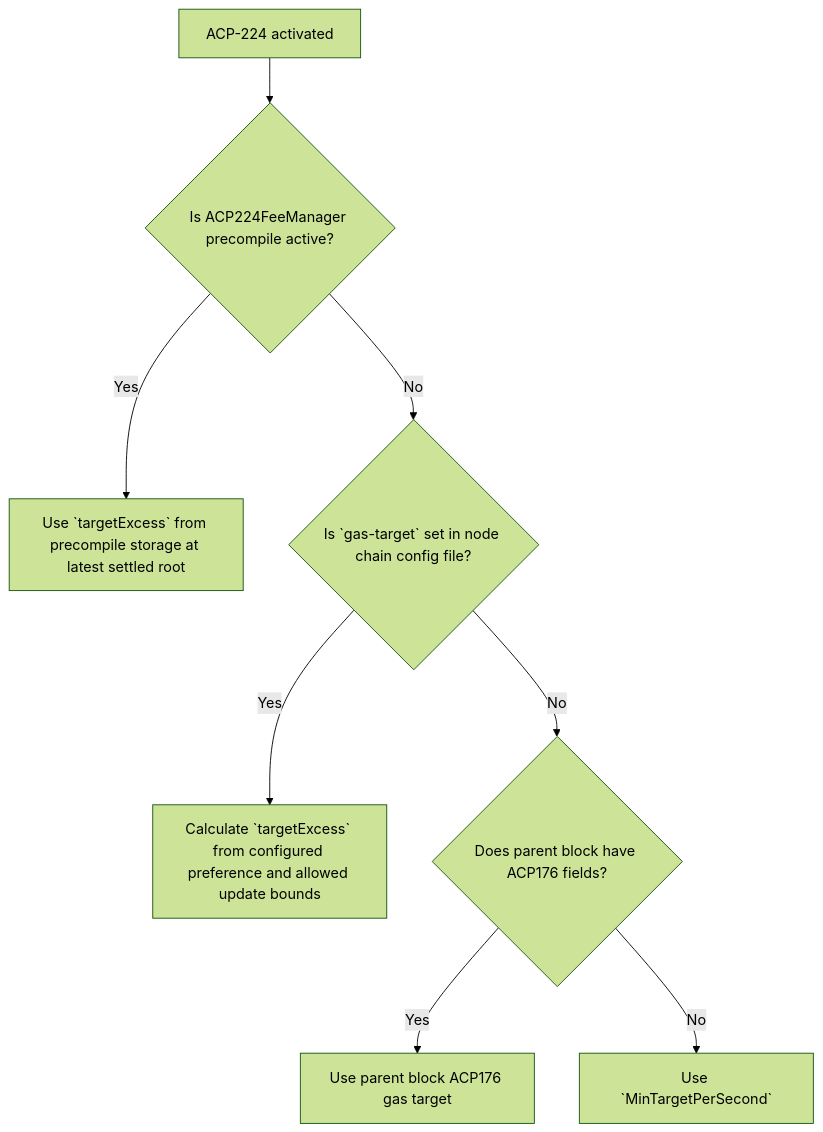
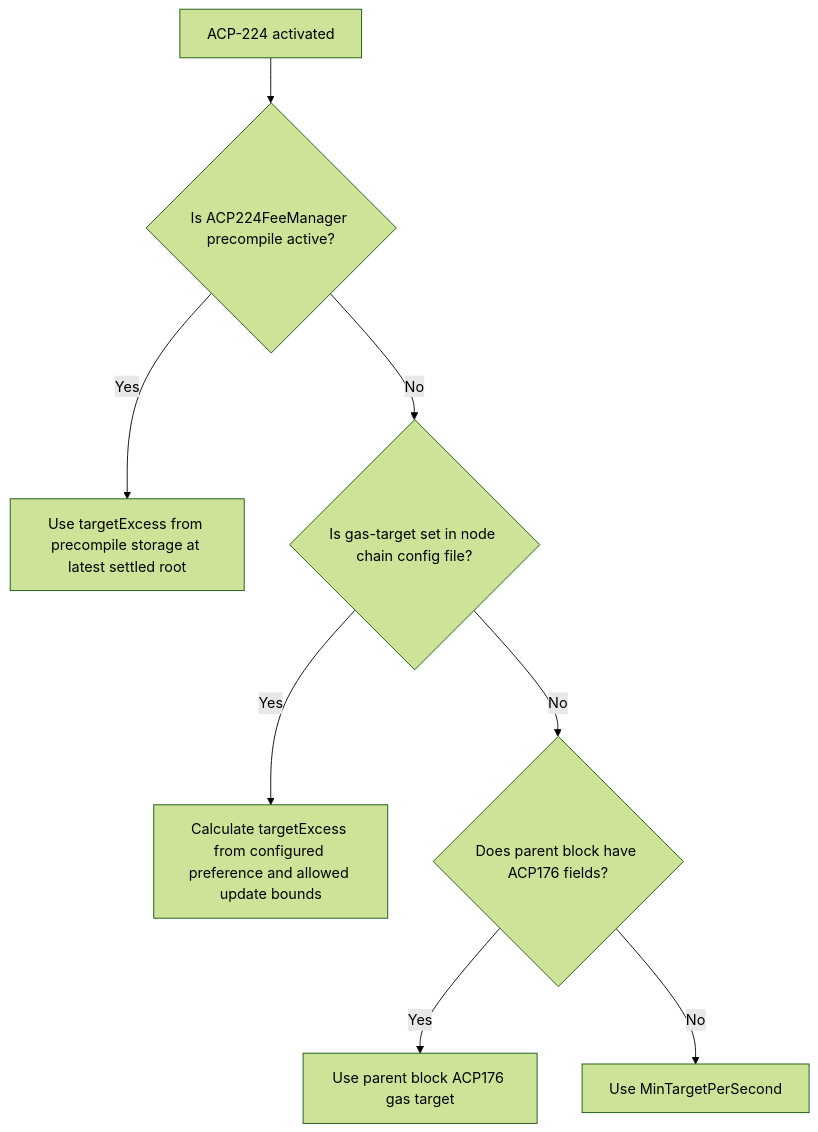
Before and after one commit to avalanche-foundation/ACPs: the diagram in ACPs/224-dynamic-gas-limit-in-subnet-evm/README.md, drawn with Mermaid (forest theme).

Commit message:
Fix diagram rendering

````diff
--- a/ACPs/224-dynamic-gas-limit-in-subnet-evm/README.md
+++ b/ACPs/224-dynamic-gas-limit-in-subnet-evm/README.md
@@ -170,13 +170,13 @@
 ```mermaid
 flowchart TD
     A[ACP-224 activated] --> B{Is ACP224FeeManager precompile active?}
 
-    B -- Yes --> C[Use `targetExcess` from precompile storage at latest settled root]
+    B -- Yes --> C[Use targetExcess from precompile storage at latest settled root]
 
-    B -- No --> D{Is `gas-target` set in node chain config file?}
-    D -- Yes --> E[Calculate `targetExcess` from configured preference and allowed update bounds]
+    B -- No --> D{Is gas-target set in node chain config file?}
+    D -- Yes --> E[Calculate targetExcess from configured preference and allowed update bounds]
 
     D -- No --> F{Does parent block have ACP176 fields?}
     F -- Yes --> G[Use parent block ACP176 gas target]
-    F -- No --> H[Use `MinTargetPerSecond`]
+    F -- No --> H[Use MinTargetPerSecond]
 ```
````
